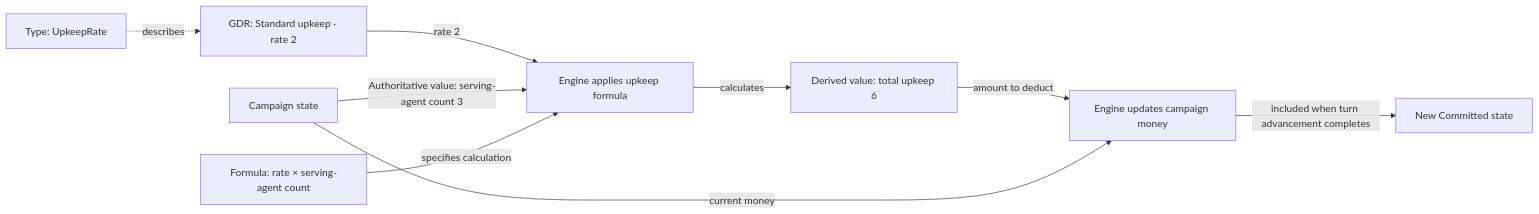
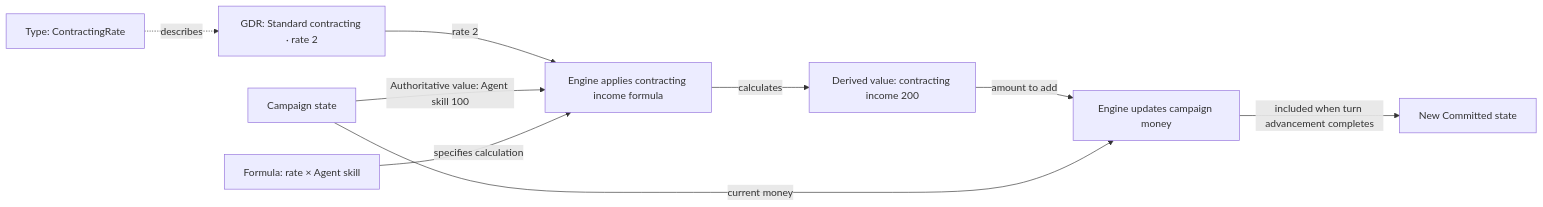
One commit to konrad-jamrozik/game-v5 changed the third of 7 diagrams in docs/specs/foundation/game-data-records.md. Above: the diagram before and after it, drawn with Mermaid. The commit also changed other lines of this file, not shown here.

First line of the commit message:
Use a plainly Authoritative input in the calculation parameter example

````diff
--- a/docs/specs/foundation/game-data-records.md
+++ b/docs/specs/foundation/game-data-records.md
@@ -144,11 +145,11 @@
 ```mermaid
 flowchart LR
-    Type["Type: UpkeepRate"] -.->|describes| GDR["GDR: Standard upkeep · rate 2"]
-    GDR -->|rate 2| Engine["Engine applies upkeep formula"]
-    State["Campaign state"] -->|Authoritative value: serving-agent count 3| Engine
-    Formula["Formula: rate × serving-agent count"] -->|specifies calculation| Engine
-    Engine -->|calculates| Total["Derived value: total upkeep 6"]
-    Total -->|amount to deduct| Update["Engine updates campaign money"]
+    Type["Type: ContractingRate"] -.->|describes| GDR["GDR: Standard contracting · rate 2"]
+    GDR -->|rate 2| Engine["Engine applies contracting income formula"]
+    State["Campaign state"] -->|Authoritative value: Agent skill 100| Engine
+    Formula["Formula: rate × Agent skill"] -->|specifies calculation| Engine
+    Engine -->|calculates| Total["Derived value: contracting income 200"]
+    Total -->|amount to add| Update["Engine updates campaign money"]
     State -->|current money| Update
     Update -->|included when turn advancement completes| Committed["New Committed state"]
 ```
````
